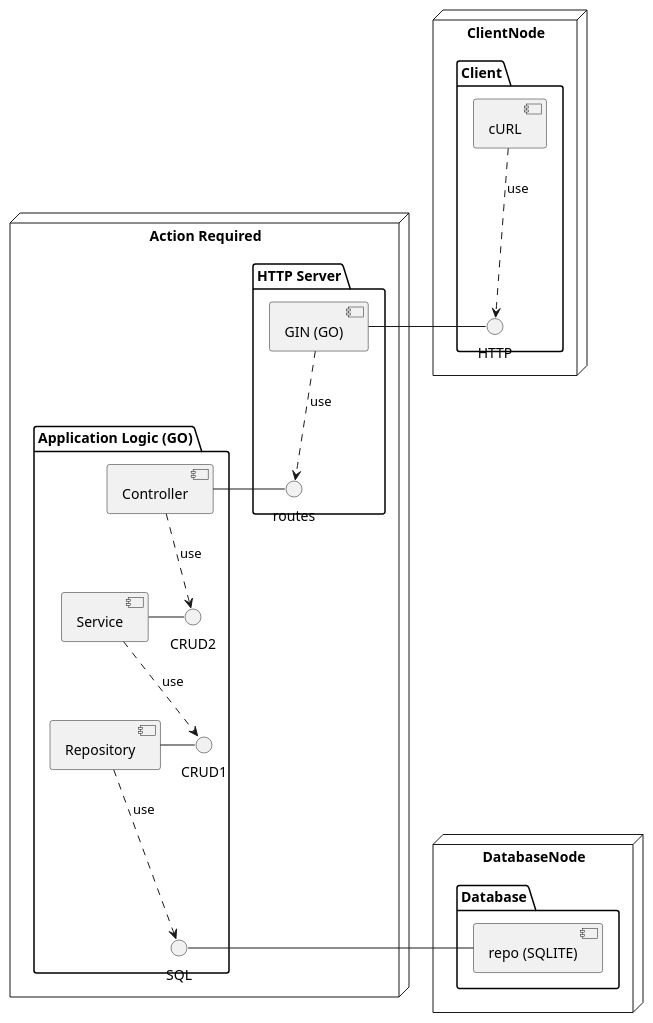
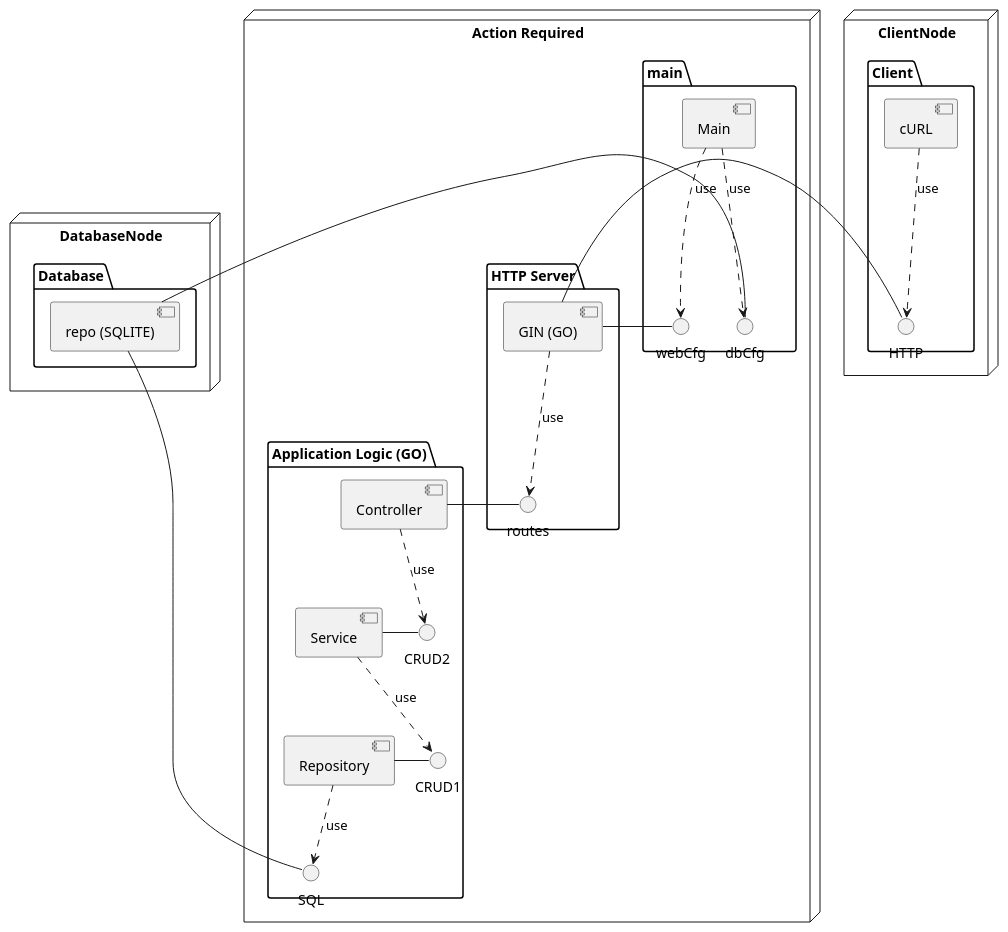
One commit to RodrigoMattosoSilveira/go-gin-jwt-ar changed the diagram in src/uml/phase1-components.wsd. Above: the diagram before and after it, drawn with PlantUML. The commit also changed 1 other file, not shown here.

Commit message:
Updated component uml

```diff
--- a/src/uml/phase1-components.wsd
+++ b/src/uml/phase1-components.wsd
@@ -1,34 +1,41 @@
 @startuml
 node "ClientNode" {
 	package "Client" {
 		[cURL] as client
 		[client] ..> HTTP : use
 	}
 }
 node "Action Required" {
+	package "main" {
+		[Main] as m
+		[m] ..> webCfg : use
+		[m] ..> dbCfg : use
+	}
 	package "HTTP Server" {
 		[GIN (GO)] as web
 		[web] ..> routes : use
 	}
 	package "Application Logic (GO)" {
 		[Controller] as ctrlr
 		[ctrlr] ..> CRUD2 : use
 		[Service] as srvc
 		[srvc] ..> CRUD1 : use
 		[Repository] as repo
 		[repo] ..> SQL : use
 	}
 }
 
 node DatabaseNode {
 	package "Database" {
 		[repo (SQLITE)] as db
 	}
 }
 
 web - HTTP
+web - webCfg
 ctrlr - routes
 srvc - CRUD2
 repo - CRUD1
 db - SQL
+db - dbCfg
 @enduml
```
